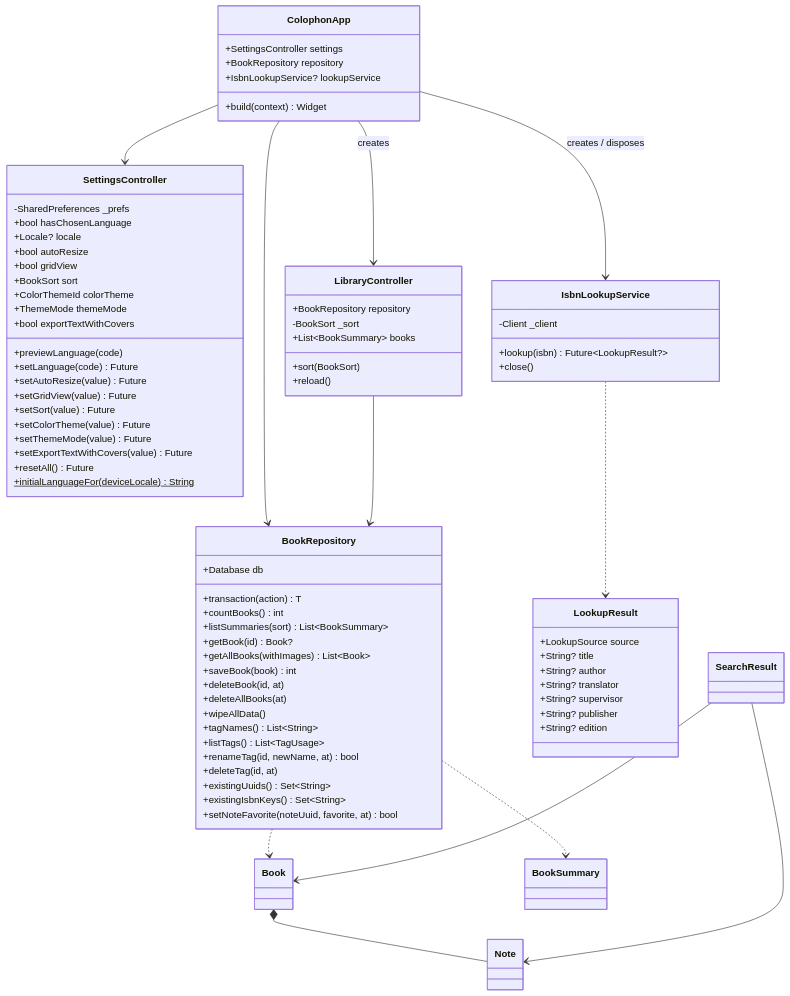
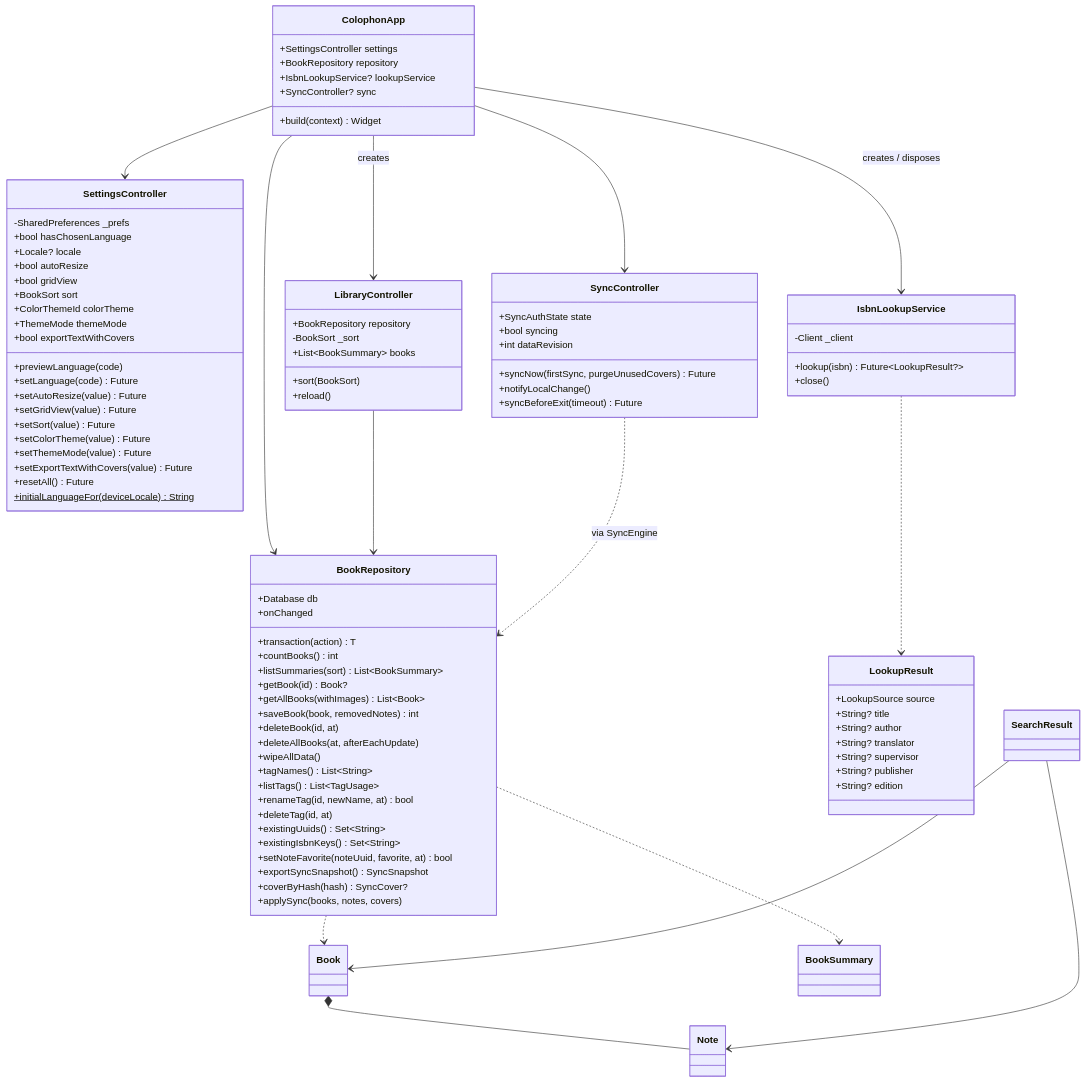
The second of 13 diagrams in docs/design/detail-design.md (colophonbooks/colophon), drawn with Mermaid before and after one commit. The commit also changed other lines of this file and 7 other files, not shown here.

```diff
--- a/docs/design/detail-design.md
+++ b/docs/design/detail-design.md
@@ -162,6 +200,7 @@
         +SettingsController settings
         +BookRepository repository
         +IsbnLookupService? lookupService
+        +SyncController? sync
         +build(context) Widget
     }
     class SettingsController {
@@ -194,14 +233,15 @@
     }
     class BookRepository {
         +Database db
+        +onChanged
         +transaction(action) T
         +countBooks() int
         +listSummaries(sort) List~BookSummary~
         +getBook(id) Book?
         +getAllBooks(withImages) List~Book~
-        +saveBook(book) int
+        +saveBook(book, removedNotes) int
         +deleteBook(id, at)
-        +deleteAllBooks(at)
+        +deleteAllBooks(at, afterEachUpdate)
         +wipeAllData()
         +tagNames() List~String~
         +listTags() List~TagUsage~
@@ -210,6 +250,17 @@
         +existingUuids() Set~String~
         +existingIsbnKeys() Set~String~
         +setNoteFavorite(noteUuid, favorite, at) bool
+        +exportSyncSnapshot() SyncSnapshot
+        +coverByHash(hash) SyncCover?
+        +applySync(books, notes, covers)
+    }
+    class SyncController {
+        +SyncAuthState state
+        +bool syncing
+        +int dataRevision
+        +syncNow(firstSync, purgeUnusedCovers) Future
+        +notifyLocalChange()
+        +syncBeforeExit(timeout) Future
     }
     class IsbnLookupService {
         -Client _client
@@ -234,7 +285,9 @@
     ColophonApp --> BookRepository
     ColophonApp --> LibraryController : creates
     ColophonApp --> IsbnLookupService : creates / disposes
+    ColophonApp --> SyncController
     LibraryController --> BookRepository
+    SyncController ..> BookRepository : via SyncEngine
     BookRepository ..> Book
     BookRepository ..> BookSummary
     Book *-- Note
```
